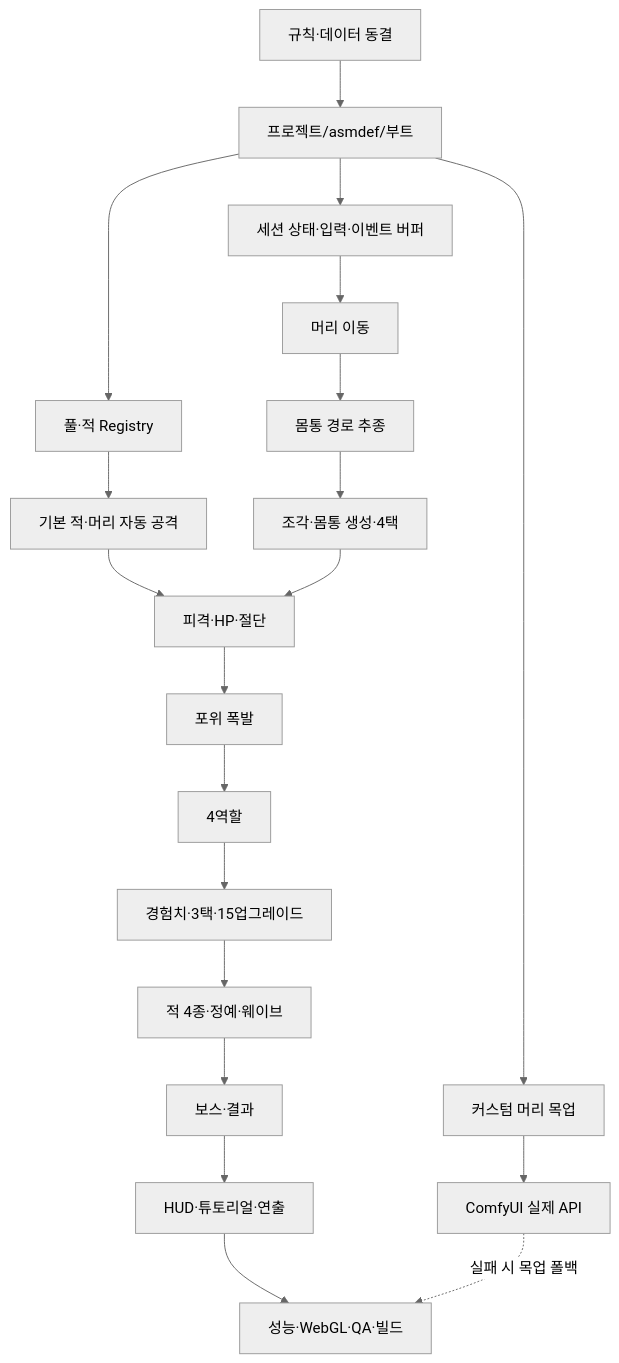
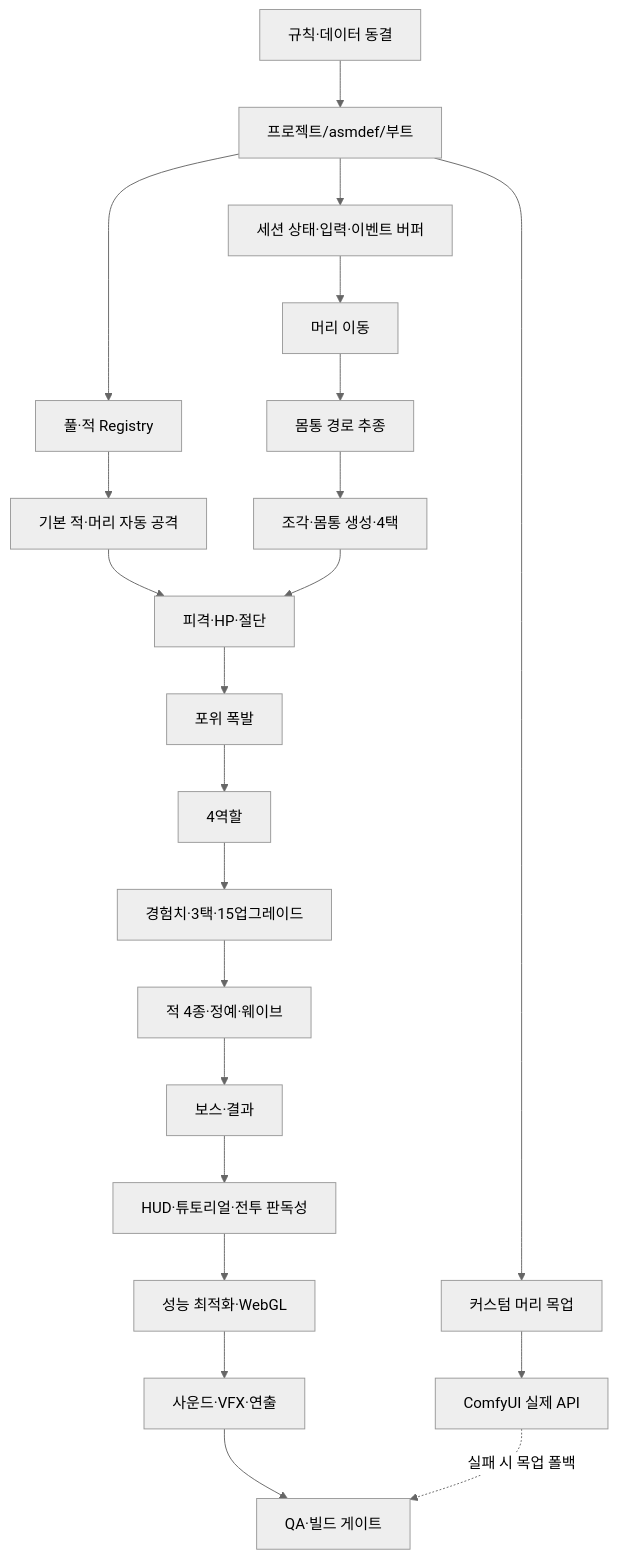
One commit to WackyGameStudio/Ouroboros changed the diagram in docs/OUROBOROS_SWARM_구현순서.md. Above: the diagram before and after it, drawn with Mermaid (neutral theme). The commit also changed other lines of this file and 1 other file, not shown here.

Commit message:
docs: Step 15 이후 최적화 우선순위 조정

````diff
--- a/docs/OUROBOROS_SWARM_구현순서.md
+++ b/docs/OUROBOROS_SWARM_구현순서.md
@@ -26,22 +26,24 @@
 ```mermaid
 flowchart TD
     A[규칙·데이터 동결] --> B[프로젝트/asmdef/부트]
     B --> C[세션 상태·입력·이벤트 버퍼]
     C --> D[머리 이동]
     D --> E[몸통 경로 추종]
     B --> F[풀·적 Registry]
     F --> G[기본 적·머리 자동 공격]
     E --> H[조각·몸통 생성·4택]
     G --> I[피격·HP·절단]
     H --> I
     I --> J[포위 폭발]
     J --> K[4역할]
     K --> L[경험치·3택·15업그레이드]
     L --> M[적 4종·정예·웨이브]
     M --> N[보스·결과]
-    N --> O[HUD·튜토리얼·연출]
-    O --> P[성능·WebGL·QA·빌드]
+    N --> O[HUD·튜토리얼·전투 판독성]
+    O --> P[성능 최적화·WebGL]
+    P --> Q[사운드·VFX·연출]
+    Q --> T[QA·빌드 게이트]
     B --> R[커스텀 머리 목업]
     R --> S[ComfyUI 실제 API]
-    S -.실패 시 목업 폴백.-> P
+    S -.실패 시 목업 폴백.-> T
 ```
````
